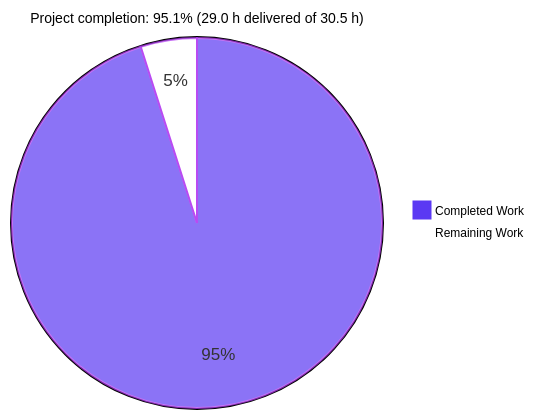
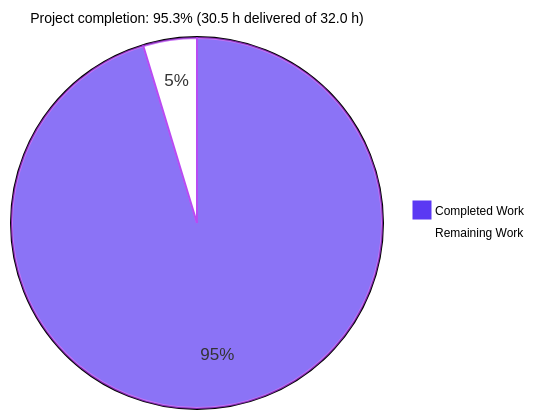
One commit to brichardsblitzy/QuickTest changed the first of 3 diagrams in blitzy/documentation/Project Guide - 00ab7680-95b3-4405-adc0-5eed63bd77c7.md. Above: the diagram before and after it, drawn with Mermaid. The commit also changed other lines of this file, not shown here.

Commit message:
Adding Blitzy Project Guide: Project Status and Human Tasks Remaining

````diff
--- a/blitzy/documentation/Project Guide - 00ab7680-95b3-4405-adc0-5eed63bd77c7.md
+++ b/blitzy/documentation/Project Guide - 00ab7680-95b3-4405-adc0-5eed63bd77c7.md
@@ -11,6 +11,6 @@
 ```mermaid
 %%{init: {"themeVariables": {"pie1": "#5B39F3", "pie2": "#FFFFFF", "pieStrokeColor": "#B23AF2", "pieTitleTextSize": "14px", "pieLegendTextSize": "12px"}}}%%
-pie title Project completion: 95.1% (29.0 h delivered of 30.5 h)
-    "Completed Work" : 29.0
+pie title Project completion: 95.3% (30.5 h delivered of 32.0 h)
+    "Completed Work" : 30.5
     "Remaining Work" : 1.5
 ```
````
